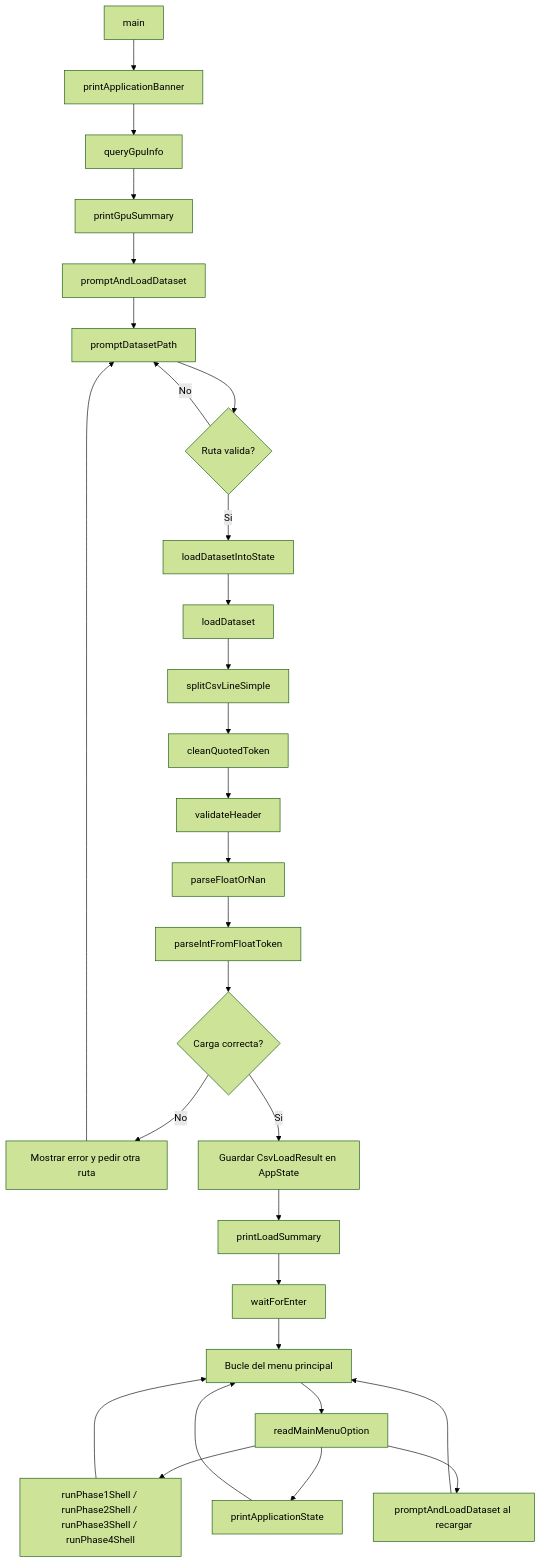
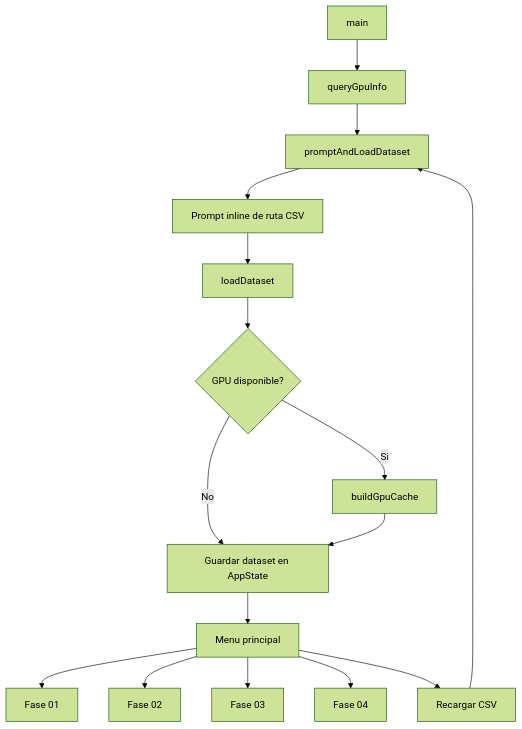
Before and after one commit to aferamb/pap_air: the diagram in README.md, drawn with Mermaid (forest theme). The commit also changed other lines of this file and 9 other files, not shown here.

Commit message:
Refactor README.md to streamline project structure and update current status. Simplify explanations of phases and their functionalities, enhance clarity on GPU cache usage, and improve overall documentation for better understanding of the CUDA C/C++ implementation based on the US Airline Dataset.

````diff
--- a/README.md
+++ b/README.md
@@ -365,35 +89,18 @@
 ```mermaid
 flowchart TD
-    A[main] --> B[printApplicationBanner]
-    B --> C[queryGpuInfo]
-    C --> D[printGpuSummary]
-    D --> E[promptAndLoadDataset]
-
-    E --> F[promptDatasetPath]
-    F --> G{Ruta valida?}
-    G -- No --> F
-    G -- Si --> H[loadDatasetIntoState]
-
-    H --> I[loadDataset]
-    I --> J[splitCsvLineSimple]
-    J --> K[cleanQuotedToken]
-    K --> L[validateHeader]
-    L --> M[parseFloatOrNan]
-    M --> N[parseIntFromFloatToken]
-    N --> O{Carga correcta?}
-
-    O -- No --> P[Mostrar error y pedir otra ruta]
-    P --> F
-    O -- Si --> Q[Guardar CsvLoadResult en AppState]
-    Q --> R[printLoadSummary]
-    R --> S[waitForEnter]
-    S --> T[Bucle del menu principal]
-
-    T --> U[readMainMenuOption]
-    U --> V[runPhase1Shell / runPhase2Shell / runPhase3Shell / runPhase4Shell]
-    U --> W[printApplicationState]
-    U --> X[promptAndLoadDataset al recargar]
-    V --> T
-    W --> T
-    X --> T
+    A[main] --> B[queryGpuInfo]
+    B --> C[promptAndLoadDataset]
+    C --> D[Prompt inline de ruta CSV]
+    D --> E[loadDataset]
+    E --> F{GPU disponible?}
+    F -- Si --> G[buildGpuCache]
+    F -- No --> H[Guardar dataset en AppState]
+    G --> H
+    H --> I[Menu principal]
+    I --> J[Fase 01]
+    I --> K[Fase 02]
+    I --> L[Fase 03]
+    I --> M[Fase 04]
+    I --> N[Recargar CSV]
+    N --> C
 ```
````
